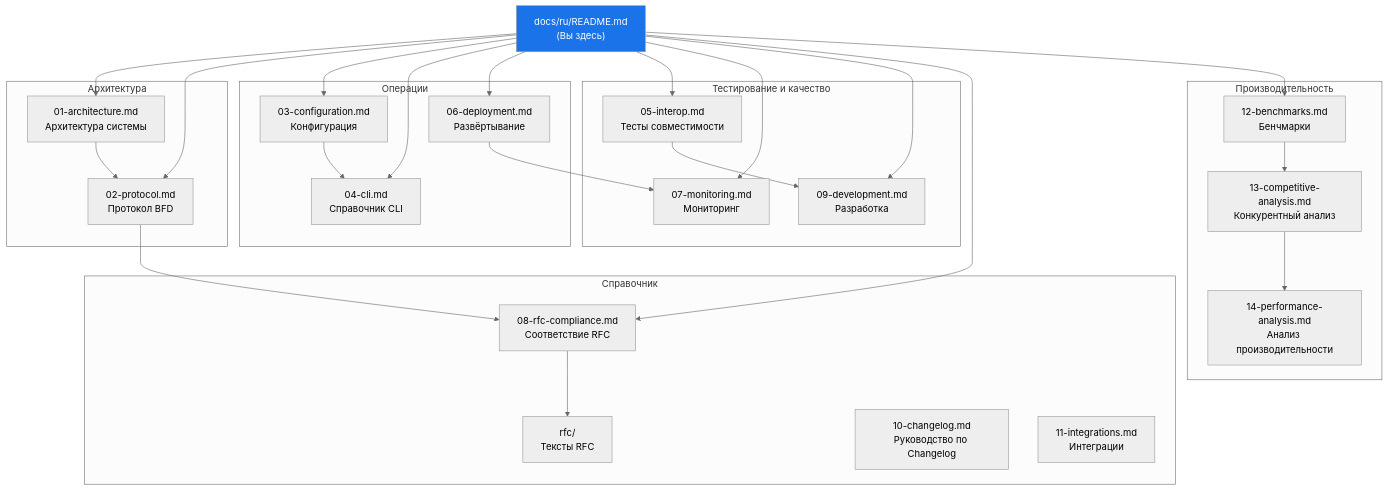
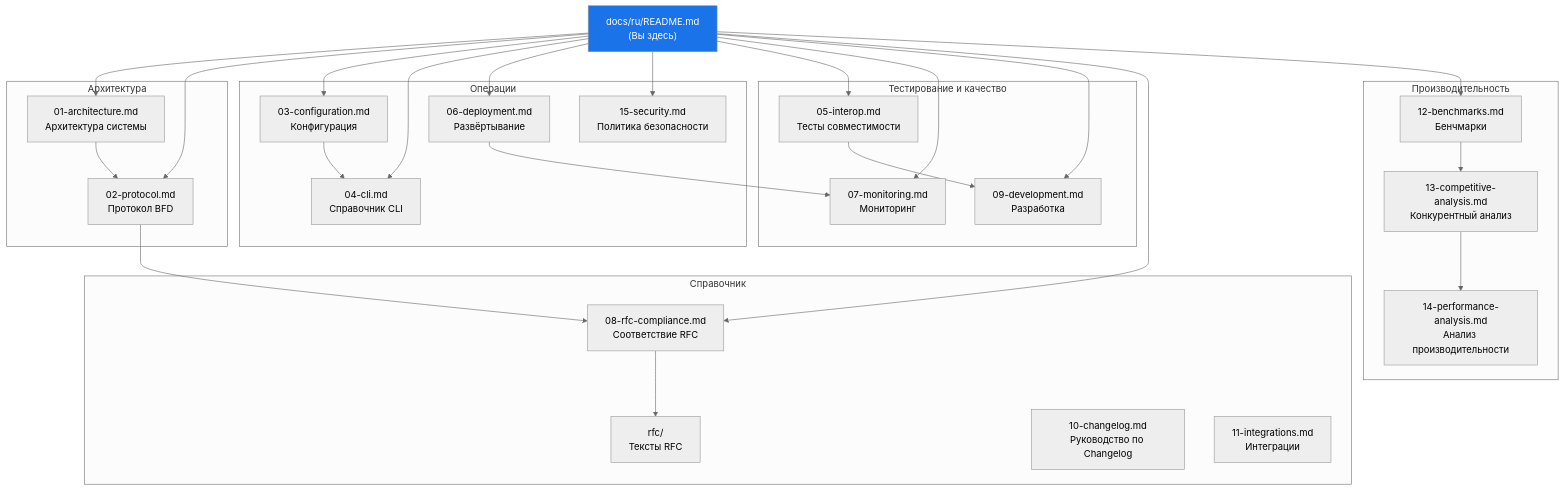
One commit to dantte-lp/gobfd changed the diagram in docs/ru/README.md. Above: the diagram before and after it, drawn with Mermaid (neutral theme). The commit also changed other lines of this file and 11 other files, not shown here.

````diff
--- a/docs/ru/README.md
+++ b/docs/ru/README.md
@@ -14,56 +14,58 @@
 ```mermaid
 graph TD
     IDX["docs/ru/README.md<br/>(Вы здесь)"]
 
     subgraph "Архитектура"
         A1["01-architecture.md<br/>Архитектура системы"]
         A2["02-protocol.md<br/>Протокол BFD"]
     end
 
     subgraph "Операции"
         B1["03-configuration.md<br/>Конфигурация"]
         B2["04-cli.md<br/>Справочник CLI"]
         B3["06-deployment.md<br/>Развёртывание"]
+        B4["15-security.md<br/>Политика безопасности"]
     end
 
     subgraph "Тестирование и качество"
         C1["05-interop.md<br/>Тесты совместимости"]
         C2["07-monitoring.md<br/>Мониторинг"]
         C3["09-development.md<br/>Разработка"]
     end
 
     subgraph "Производительность"
         E1["12-benchmarks.md<br/>Бенчмарки"]
         E2["13-competitive-analysis.md<br/>Конкурентный анализ"]
         E3["14-performance-analysis.md<br/>Анализ производительности"]
     end
 
     subgraph "Справочник"
         D1["08-rfc-compliance.md<br/>Соответствие RFC"]
         D2["rfc/<br/>Тексты RFC"]
         D3["10-changelog.md<br/>Руководство по Changelog"]
         D4["11-integrations.md<br/>Интеграции"]
     end
 
     IDX --> A1
     IDX --> A2
     IDX --> B1
     IDX --> B2
     IDX --> B3
+    IDX --> B4
     IDX --> C1
     IDX --> C2
     IDX --> C3
     IDX --> D1
     IDX --> E1
 
     A1 --> A2
     A2 --> D1
     B1 --> B2
     B3 --> C2
     C1 --> C3
     D1 --> D2
     E1 --> E2
     E2 --> E3
 
     style IDX fill:#1a73e8,color:#fff
 ```
````
